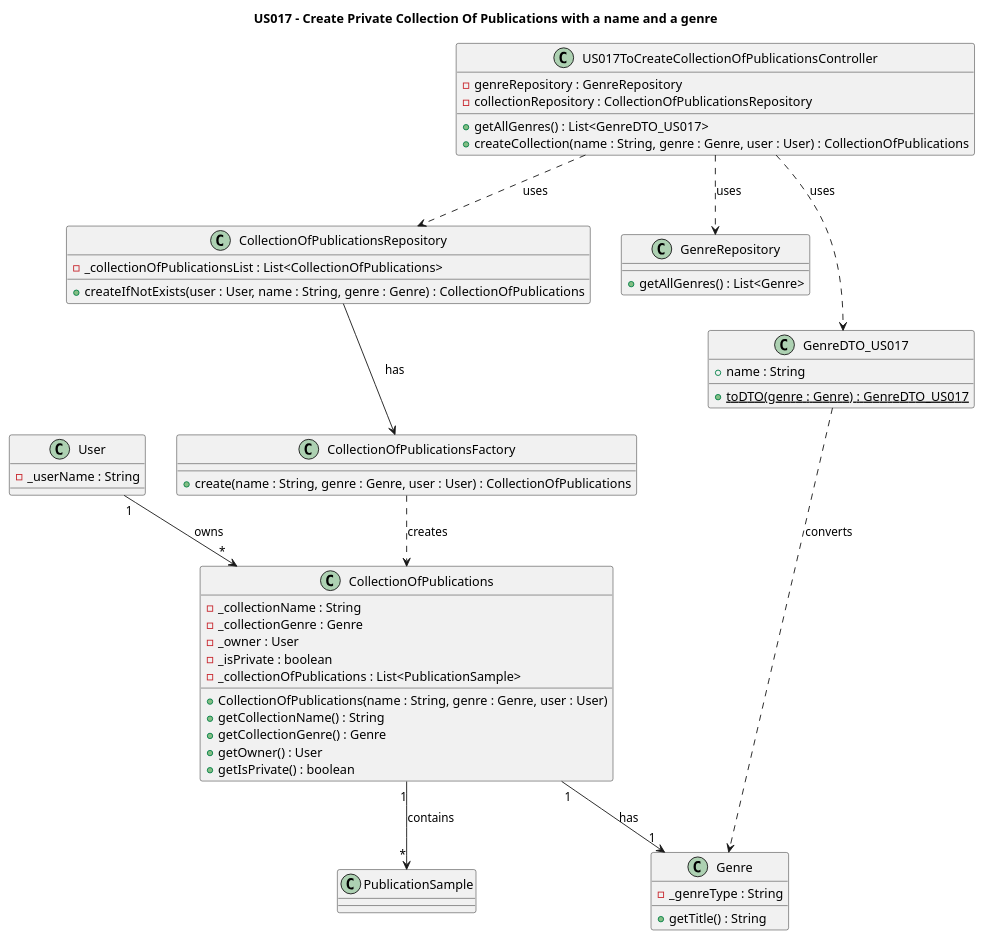
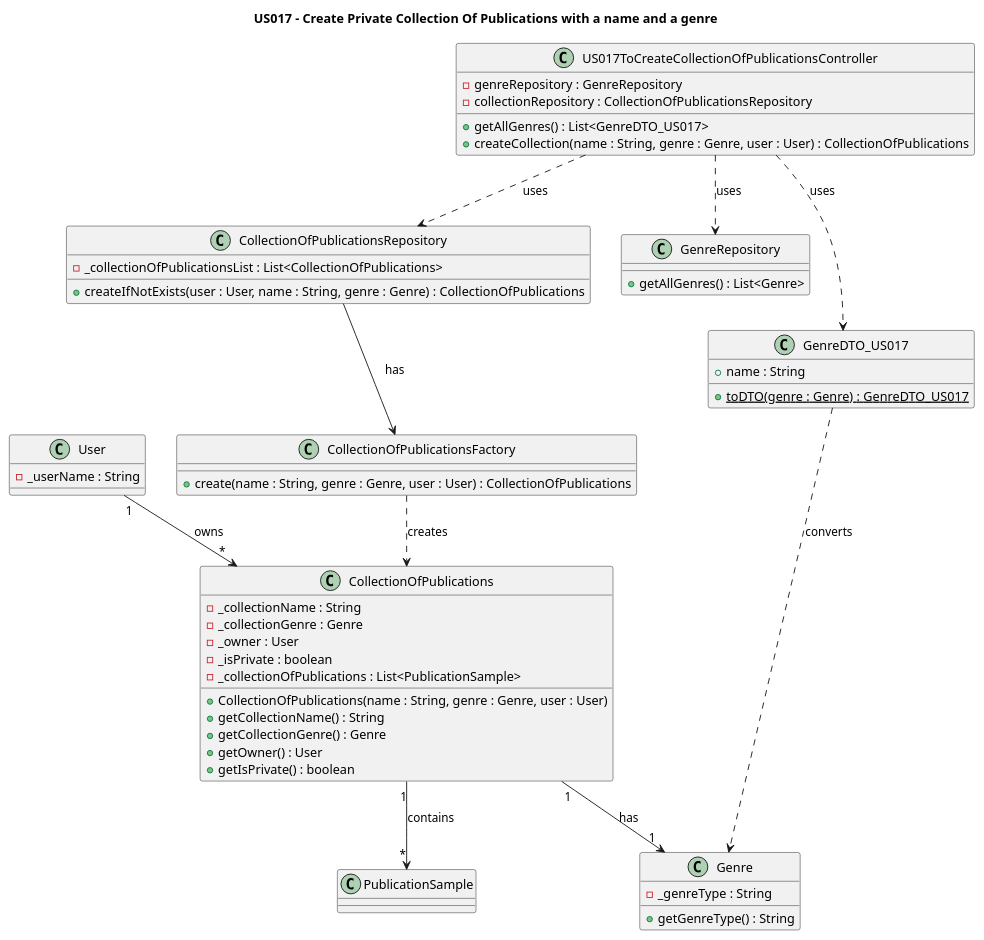
One commit to AndrePereiraGitH/SWitCH-Project-Team_A changed the diagram in Diagrams/ClassDiagrams/US017-to-create-private-publication-list.puml. Above: the diagram before and after it, drawn with PlantUML. The commit also changed 19 other files, not shown here.

Commit message:
Working on #310, US017 - Add JavaDoc and reasoning comments to US017 files, fix Genre method name in class diagram

```diff
--- a/Diagrams/ClassDiagrams/US017-to-create-private-publication-list.puml
+++ b/Diagrams/ClassDiagrams/US017-to-create-private-publication-list.puml
@@ -1,87 +1,87 @@
 @startuml
 title US017 - Create Private Collection Of Publications with a name and a genre
 
 ' _____________________
 ' DOMAIN
 ' _____________________
 
 class User {
   - _userName : String
 }
 
 class Genre {
   - _genreType : String
-  + getTitle() : String
+  + getGenreType() : String
 }
 
 class CollectionOfPublications {
   - _collectionName : String
   - _collectionGenre : Genre
   - _owner : User
   - _isPrivate : boolean
   - _collectionOfPublications : List<PublicationSample>
   + CollectionOfPublications(name : String, genre : Genre, user : User)
   + getCollectionName() : String
   + getCollectionGenre() : Genre
   + getOwner() : User
   + getIsPrivate() : boolean
 }
 
 class PublicationSample {
 }
 
 User "1" --> "*" CollectionOfPublications : owns
 CollectionOfPublications "1" --> "1" Genre : has
 CollectionOfPublications "1" --> "*" PublicationSample : contains
 
 ' ______________________
 ' APPLICATION
 ' ______________________
 
 class US017ToCreateCollectionOfPublicationsController {
   - genreRepository : GenreRepository
   - collectionRepository : CollectionOfPublicationsRepository
   + getAllGenres() : List<GenreDTO_US017>
   + createCollection(name : String, genre : Genre, user : User) : CollectionOfPublications
 }
 
 class GenreDTO_US017 {
   + name : String
   + {static} toDTO(genre : Genre) : GenreDTO_US017
 }
 
 ' ___________________
 ' PERSISTENCE
 ' ___________________
 
 class GenreRepository {
   + getAllGenres() : List<Genre>
 }
 
 class CollectionOfPublicationsRepository {
   - _collectionOfPublicationsList : List<CollectionOfPublications>
   + createIfNotExists(user : User, name : String, genre : Genre) : CollectionOfPublications
 }
 
 ' ___________________
 ' FACTORY
 ' ___________________
 
 class CollectionOfPublicationsFactory {
   + create(name : String, genre : Genre, user : User) : CollectionOfPublications
 }
 
 ' _____________________
 ' DEPENDENCIES
 ' _____________________
 
 US017ToCreateCollectionOfPublicationsController ..> GenreRepository : uses
 US017ToCreateCollectionOfPublicationsController ..> GenreDTO_US017 : uses
 US017ToCreateCollectionOfPublicationsController ..> CollectionOfPublicationsRepository : uses
 
 CollectionOfPublicationsRepository --> CollectionOfPublicationsFactory : has
 CollectionOfPublicationsFactory ..> CollectionOfPublications : creates
 
 GenreDTO_US017 ..> Genre : converts
 
 @enduml
```
